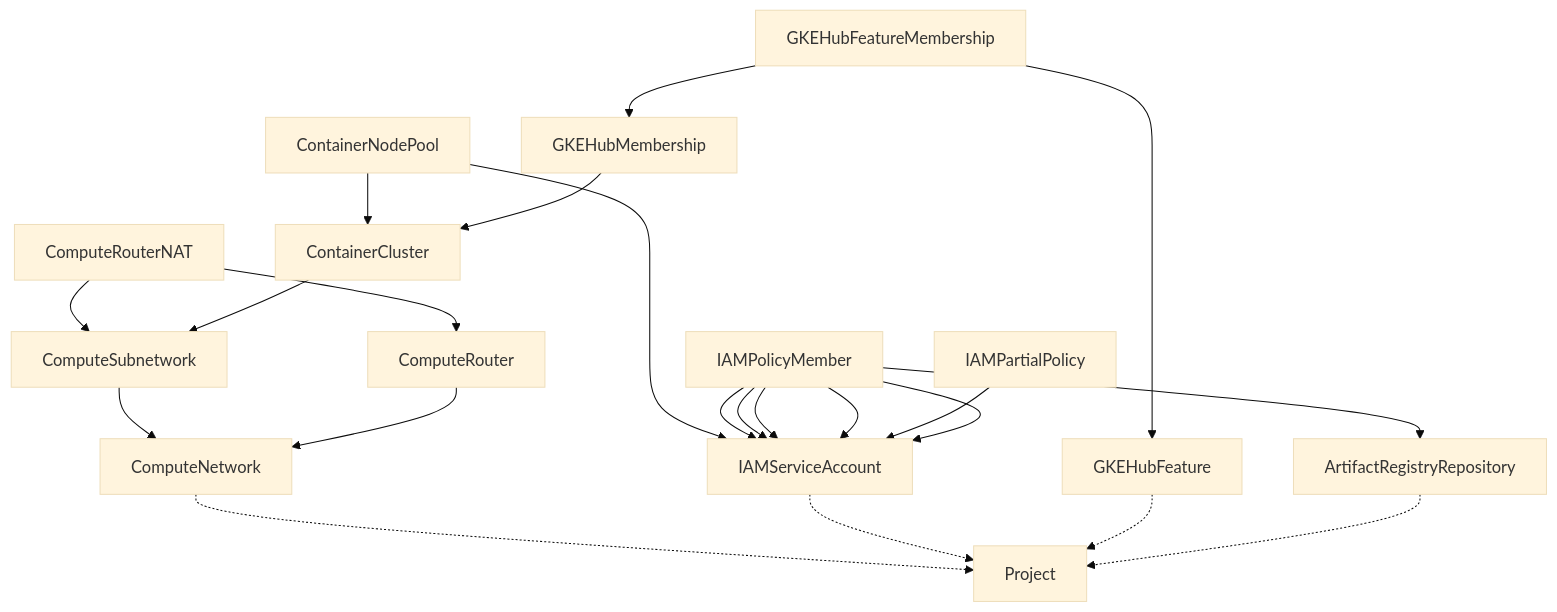
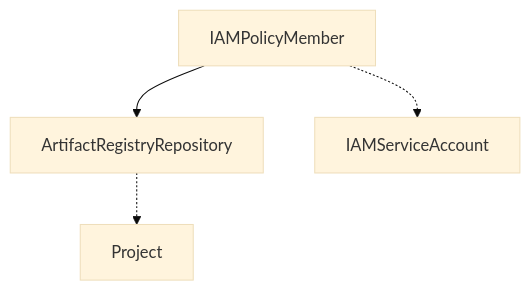
The diagram in content/artifact-registry/create-artifact-registry.md (mathieu-benoit/acm-workshop), drawn with Mermaid (base theme) before and after one commit. The commit also changed 13 other files, not shown here.

Commit message:
simplify the mermaid graph, only scoped by what was deployed by page

```diff
--- a/content/artifact-registry/create-artifact-registry.md
+++ b/content/artifact-registry/create-artifact-registry.md
@@ -70,24 +70,6 @@
 {{< mermaid >}}
 graph TD;
-  ComputeNetwork-.->Project
-  IAMServiceAccount-.->Project
-  GKEHubFeature-.->Project
   ArtifactRegistryRepository-.->Project
-  ComputeSubnetwork-->ComputeNetwork
-  ComputeRouterNAT-->ComputeSubnetwork
-  ComputeRouterNAT-->ComputeRouter
-  ComputeRouter-->ComputeNetwork
-  ContainerNodePool-->ContainerCluster
-  ContainerNodePool-->IAMServiceAccount
-  IAMPolicyMember-->IAMServiceAccount
-  IAMPolicyMember-->IAMServiceAccount
-  IAMPolicyMember-->IAMServiceAccount
-  IAMPolicyMember-->IAMServiceAccount
-  IAMPartialPolicy-->IAMServiceAccount
-  ContainerCluster-->ComputeSubnetwork
-  GKEHubFeatureMembership-->GKEHubMembership
-  GKEHubFeatureMembership-->GKEHubFeature
-  GKEHubMembership-->ContainerCluster
   IAMPolicyMember-->ArtifactRegistryRepository
-  IAMPolicyMember-->IAMServiceAccount
+  IAMPolicyMember-.->IAMServiceAccount
 {{< /mermaid >}}
```
